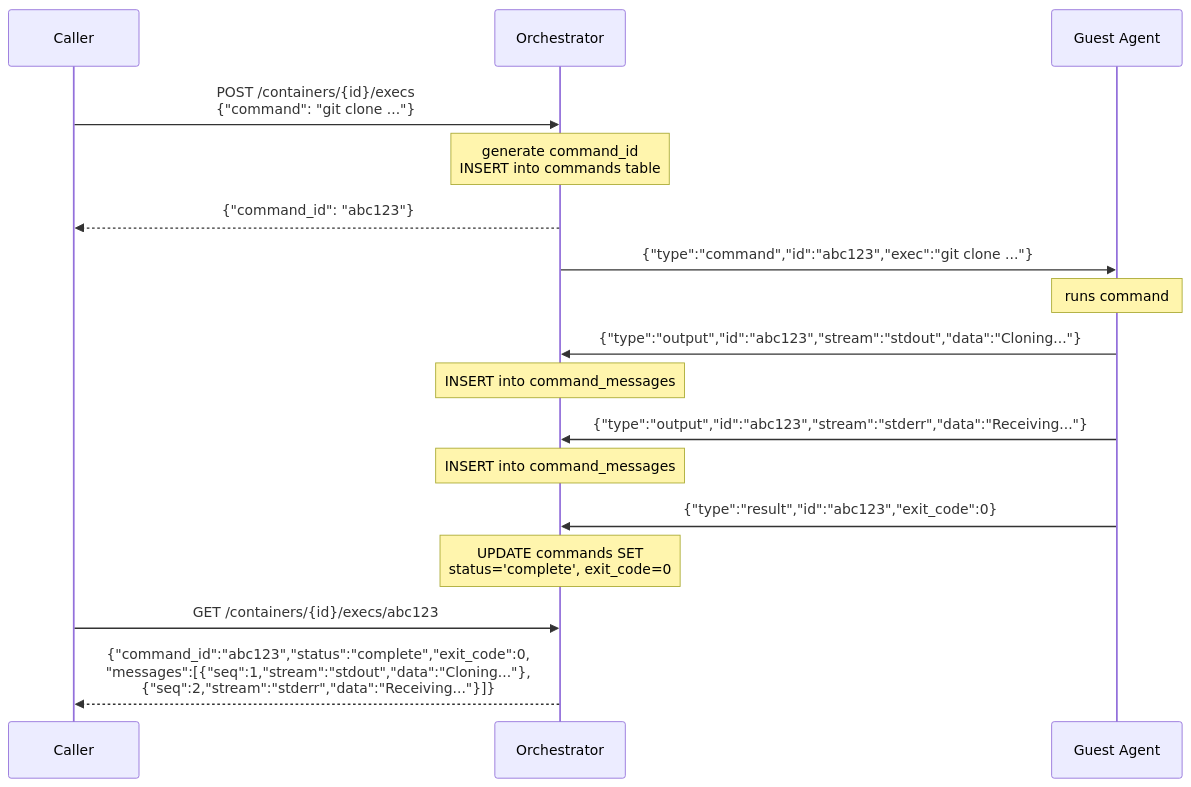
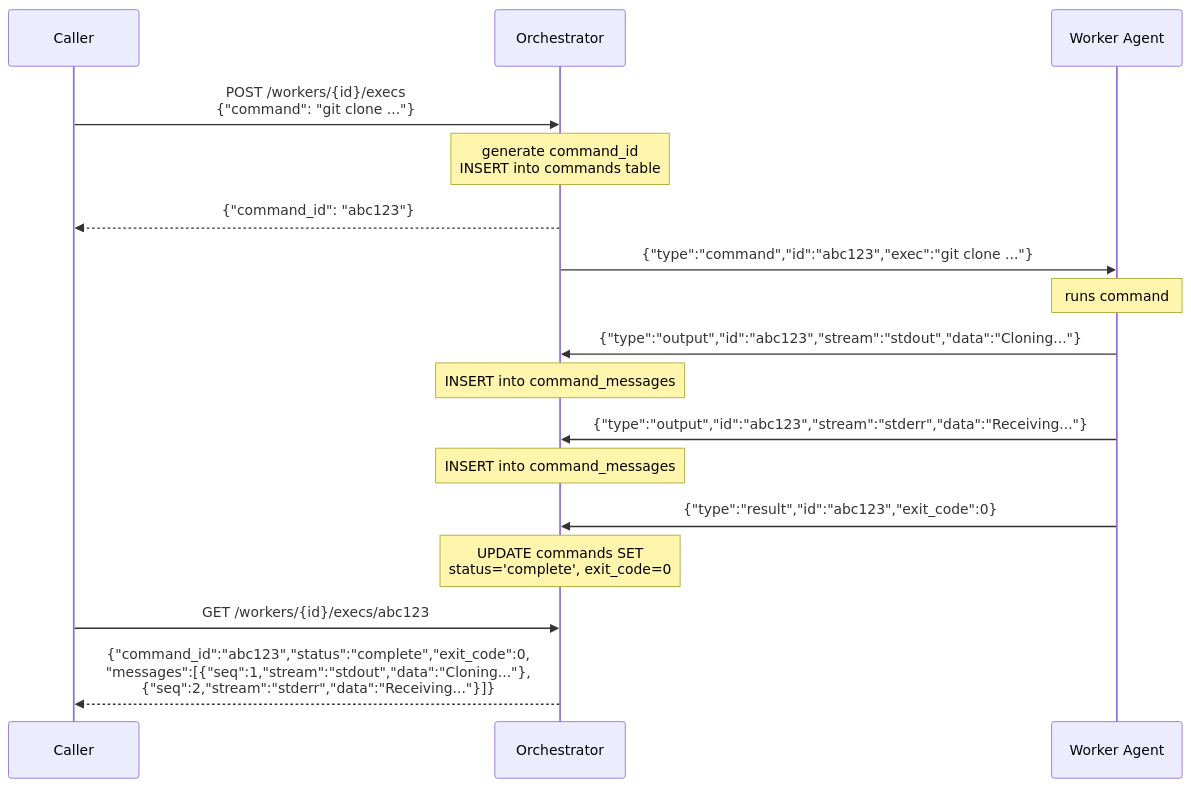
The diagram in docs/exec-commands.md (saibotsivad/drover), drawn with Mermaid before and after one commit. The commit also changed other lines of this file and 100 other files, not shown here.

First line of the commit message:
Rename micro-container/guest terminology to worker throughout

````diff
--- a/docs/exec-commands.md
+++ b/docs/exec-commands.md
@@ -13,25 +13,25 @@
 ```mermaid
 sequenceDiagram
     participant Caller
     participant Orchestrator
-    participant GuestAgent as Guest Agent
+    participant WorkerAgent as Worker Agent
 
-    Caller->>Orchestrator: POST /containers/{id}/execs<br/>{"command": "git clone ..."}
+    Caller->>Orchestrator: POST /workers/{id}/execs<br/>{"command": "git clone ..."}
     Note over Orchestrator: generate command_id<br/>INSERT into commands table
     Orchestrator-->>Caller: {"command_id": "abc123"}
 
-    Orchestrator->>GuestAgent: {"type":"command","id":"abc123","exec":"git clone ..."}
-    Note over GuestAgent: runs command
+    Orchestrator->>WorkerAgent: {"type":"command","id":"abc123","exec":"git clone ..."}
+    Note over WorkerAgent: runs command
 
-    GuestAgent->>Orchestrator: {"type":"output","id":"abc123","stream":"stdout","data":"Cloning..."}
+    WorkerAgent->>Orchestrator: {"type":"output","id":"abc123","stream":"stdout","data":"Cloning..."}
     Note over Orchestrator: INSERT into command_messages
 
-    GuestAgent->>Orchestrator: {"type":"output","id":"abc123","stream":"stderr","data":"Receiving..."}
+    WorkerAgent->>Orchestrator: {"type":"output","id":"abc123","stream":"stderr","data":"Receiving..."}
     Note over Orchestrator: INSERT into command_messages
 
-    GuestAgent->>Orchestrator: {"type":"result","id":"abc123","exit_code":0}
+    WorkerAgent->>Orchestrator: {"type":"result","id":"abc123","exit_code":0}
     Note over Orchestrator: UPDATE commands SET<br/>status='complete', exit_code=0
 
-    Caller->>Orchestrator: GET /containers/{id}/execs/abc123
+    Caller->>Orchestrator: GET /workers/{id}/execs/abc123
     Orchestrator-->>Caller: {"command_id":"abc123","status":"complete","exit_code":0,<br/>"messages":[{"seq":1,"stream":"stdout","data":"Cloning..."},<br/>{"seq":2,"stream":"stderr","data":"Receiving..."}]}
 ```
````
